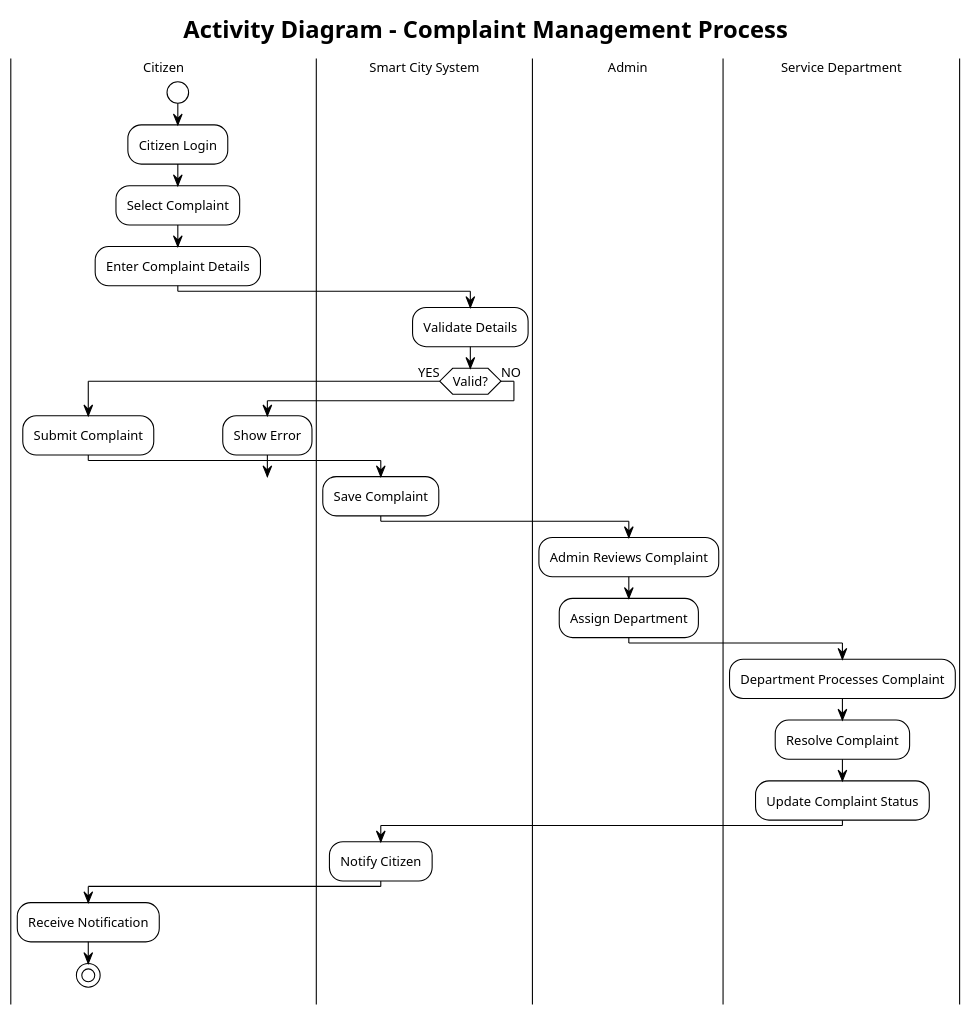
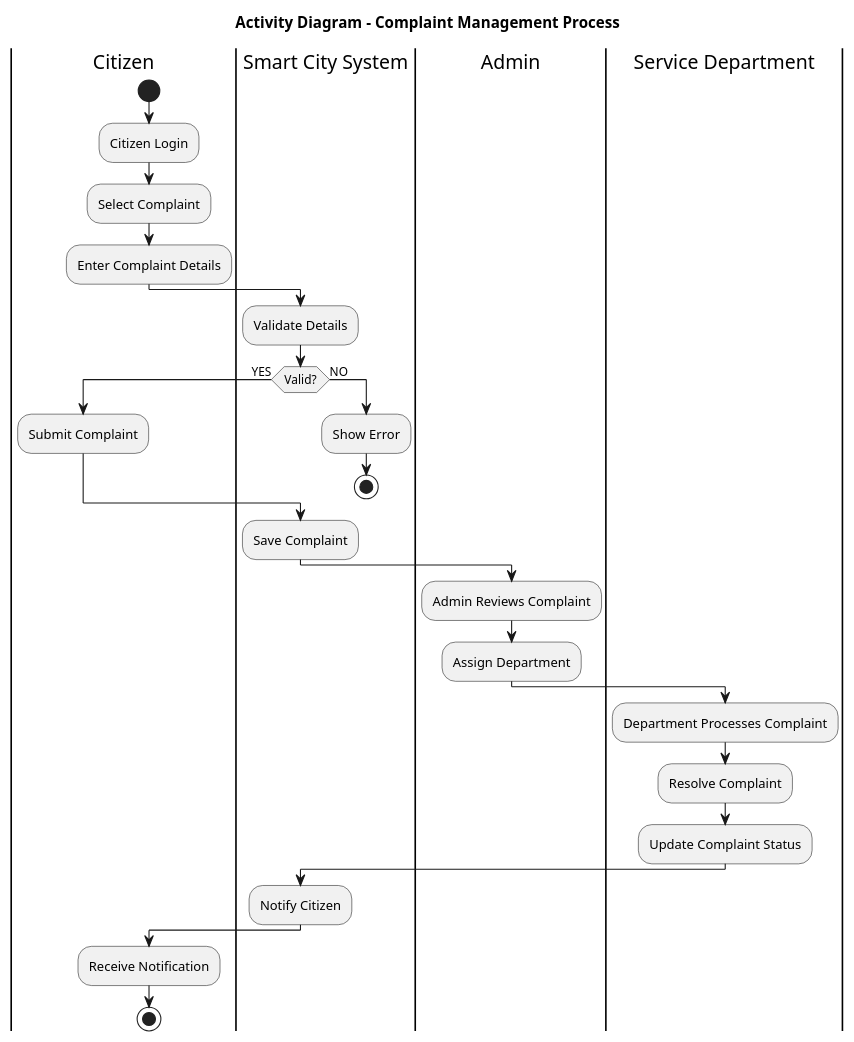
The diagram in activity_diagram.puml (lasinigandreddi-22/smart-city-management-system), drawn with PlantUML before and after one commit. The commit also changed 145 other files, not shown here.

Commit message:
Initial commit: Smart City Management System

```diff
--- a/activity_diagram.puml
+++ b/activity_diagram.puml
@@ -1,48 +1,41 @@
 @startuml
-!theme plain
-skinparam shadowing false
-skinparam defaultFontName "Segoe UI"
-skinparam defaultFontSize 12
-
 title Activity Diagram - Complaint Management Process
 
 |Citizen|
 start
 :Citizen Login;
 :Select Complaint;
-
-label enter_details
 :Enter Complaint Details;
 
 |Smart City System|
 :Validate Details;
 
 if (Valid?) then (YES)
     |Citizen|
     :Submit Complaint;
-    
+else (NO)
     |Smart City System|
-    :Save Complaint;
-    
-    |Admin|
-    :Admin Reviews Complaint;
-    :Assign Department;
-    
-    |Service Department|
-    :Department Processes Complaint;
-    :Resolve Complaint;
-    :Update Complaint Status;
-    
-    |Smart City System|
-    :Notify Citizen;
-    
-    |Citizen|
-    :Receive Notification;
+    :Show Error;
     stop
-else (NO)
-    :Show Error;
-    |Citizen|
-    goto enter_details
 endif
 
+|Smart City System|
+:Save Complaint;
+
+|Admin|
+:Admin Reviews Complaint;
+:Assign Department;
+
+|Service Department|
+:Department Processes Complaint;
+:Resolve Complaint;
+:Update Complaint Status;
+
+|Smart City System|
+:Notify Citizen;
+
+|Citizen|
+:Receive Notification;
+stop
+
 @enduml
```
